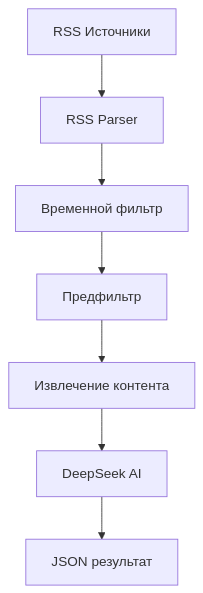
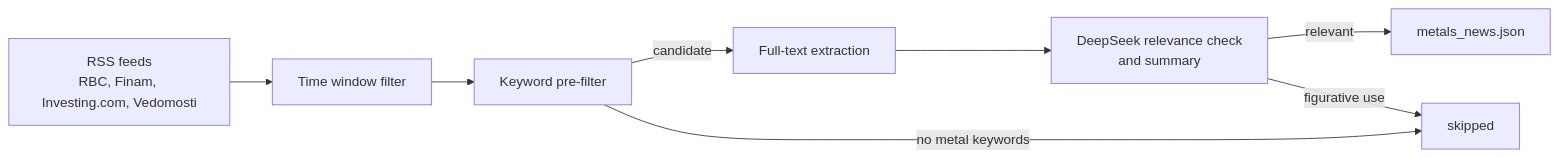
Before and after one commit to XQwart/Precious-Metals-News-Analyzer: the diagram in README.md, drawn with Mermaid. The commit also changed other lines of this file and 3 other files, not shown here.

````diff
--- a/README.md
+++ b/README.md
@@ -20,9 +12,10 @@
 ```mermaid
-graph TD
-    A[ RSS Источники] --> B[ RSS Parser]
-    B --> C[ Временной фильтр]
-    C --> D[ Предфильтр]
-    D --> E[ Извлечение контента]
-    E --> F[ DeepSeek AI]
-    F --> G[ JSON результат]
+flowchart LR
+    A[RSS feeds<br/>RBC, Finam, Investing.com, Vedomosti] --> B[Time window filter]
+    B --> C[Keyword pre-filter]
+    C -->|candidate| D[Full-text extraction]
+    D --> E[DeepSeek relevance check<br/>and summary]
+    E -->|relevant| F[metals_news.json]
+    C -->|no metal keywords| X[skipped]
+    E -->|figurative use| X
 ```
````
